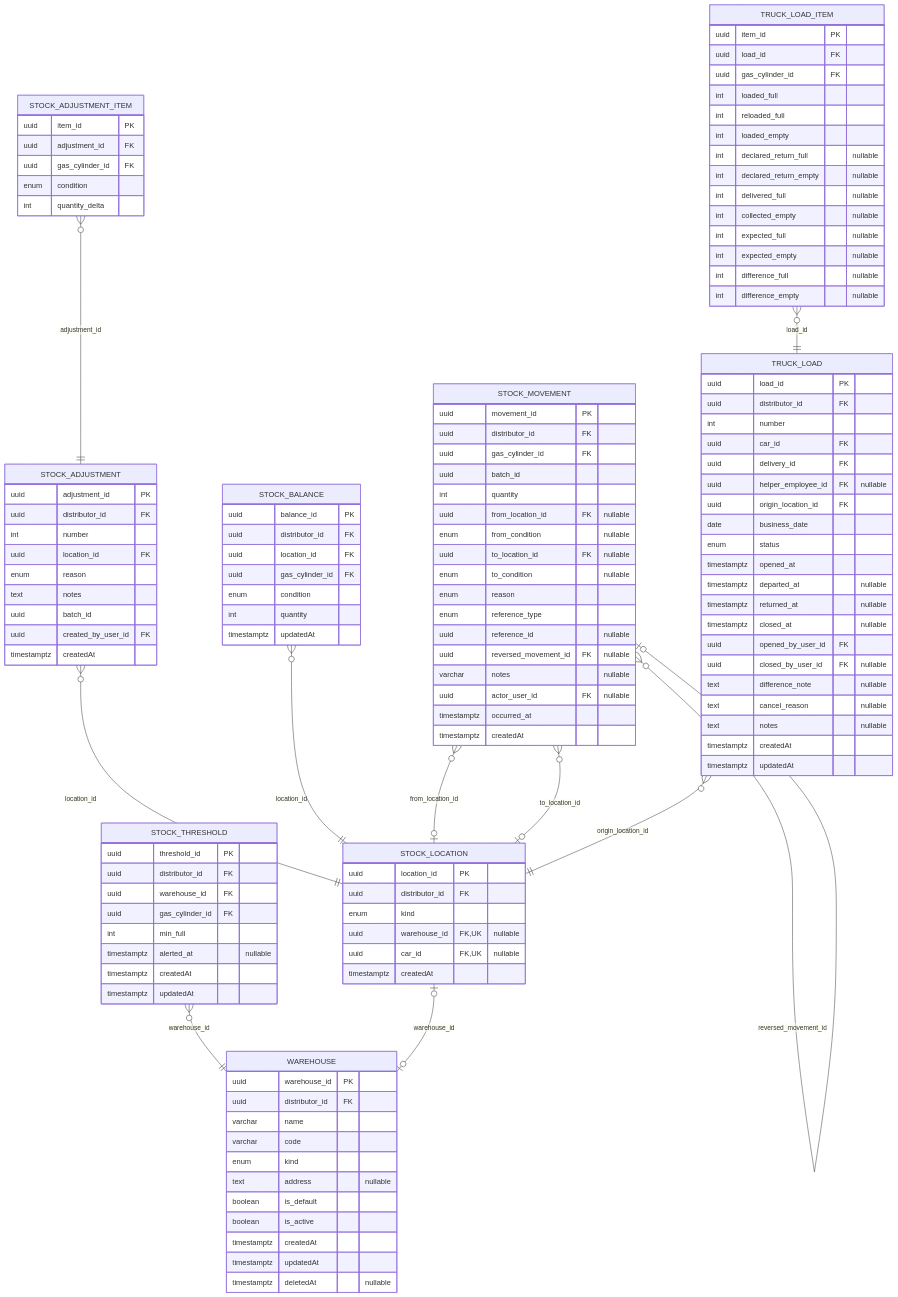
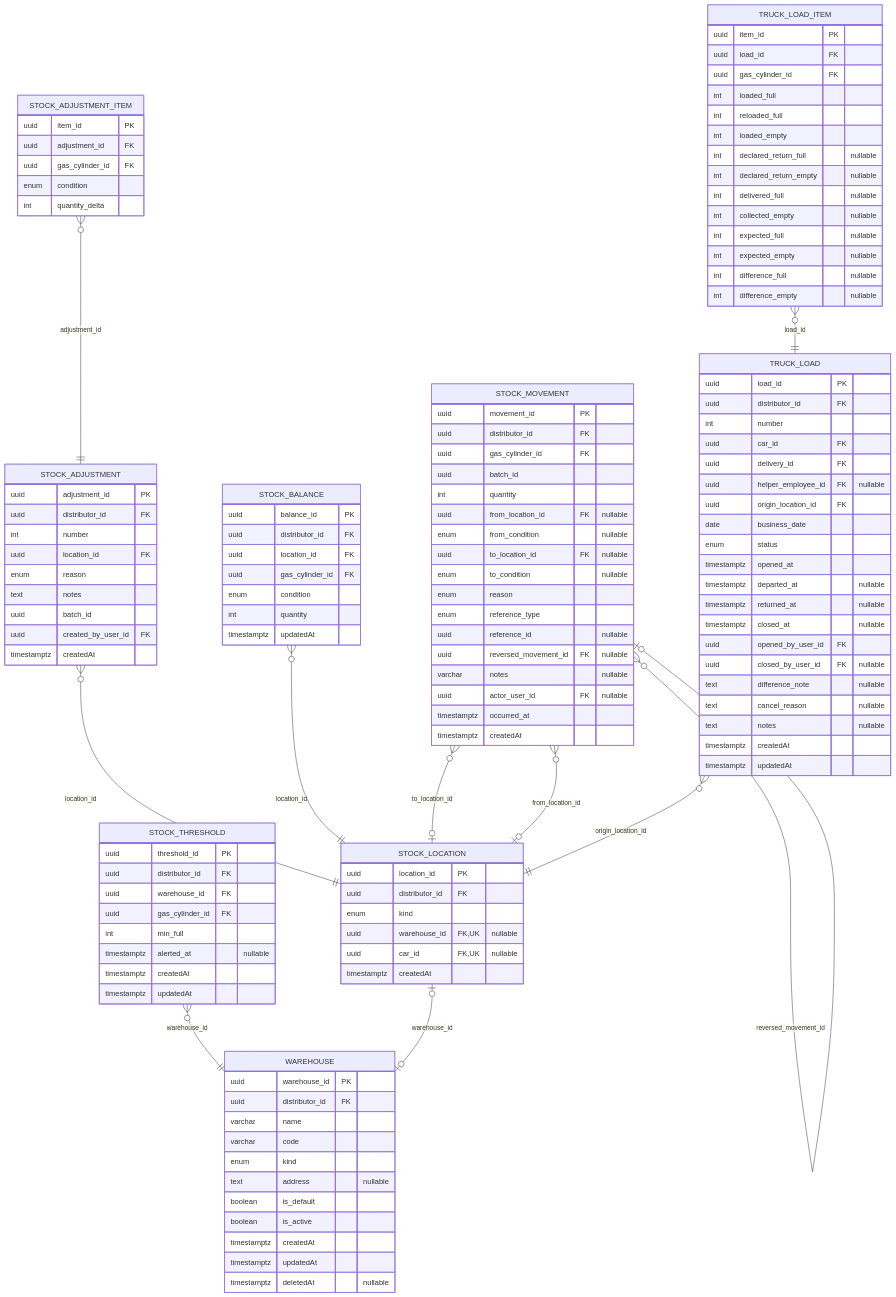
Before and after one commit to Nahuelito-Dev/splg-docs: the diagram in diagramas/ER_11_Stock-fisico-y-carga-del-camion.mmd, drawn with Mermaid. The commit also changed other lines of this file and 135 other files, not shown here.

```diff
--- a/diagramas/ER_11_Stock-fisico-y-carga-del-camion.mmd
+++ b/diagramas/ER_11_Stock-fisico-y-carga-del-camion.mmd
@@ -1,127 +1,127 @@
 erDiagram
     STOCK_THRESHOLD }o--|| WAREHOUSE : "warehouse_id"
     STOCK_LOCATION |o--o| WAREHOUSE : "warehouse_id"
     STOCK_ADJUSTMENT }o--|| STOCK_LOCATION : "location_id"
     STOCK_BALANCE }o--|| STOCK_LOCATION : "location_id"
+    STOCK_MOVEMENT }o--o| STOCK_LOCATION : "to_location_id"
     STOCK_MOVEMENT }o--o| STOCK_LOCATION : "from_location_id"
     STOCK_MOVEMENT }o--o| STOCK_MOVEMENT : "reversed_movement_id"
-    STOCK_MOVEMENT }o--o| STOCK_LOCATION : "to_location_id"
     TRUCK_LOAD }o--|| STOCK_LOCATION : "origin_location_id"
     STOCK_ADJUSTMENT_ITEM }o--|| STOCK_ADJUSTMENT : "adjustment_id"
     TRUCK_LOAD_ITEM }o--|| TRUCK_LOAD : "load_id"
 
     WAREHOUSE {
         uuid warehouse_id PK
         uuid distributor_id FK
         varchar name
         varchar code
         enum kind
         text address "nullable"
         boolean is_default
         boolean is_active
         timestamptz createdAt
         timestamptz updatedAt
         timestamptz deletedAt "nullable"
     }
     STOCK_THRESHOLD {
         uuid threshold_id PK
         uuid distributor_id FK
         uuid warehouse_id FK
         uuid gas_cylinder_id FK
         int min_full
         timestamptz alerted_at "nullable"
         timestamptz createdAt
         timestamptz updatedAt
     }
     STOCK_LOCATION {
         uuid location_id PK
         uuid distributor_id FK
         enum kind
         uuid warehouse_id FK, UK "nullable"
         uuid car_id FK, UK "nullable"
         timestamptz createdAt
     }
     STOCK_ADJUSTMENT {
         uuid adjustment_id PK
         uuid distributor_id FK
         int number
         uuid location_id FK
         enum reason
         text notes
         uuid batch_id
         uuid created_by_user_id FK
         timestamptz createdAt
     }
     STOCK_BALANCE {
         uuid balance_id PK
         uuid distributor_id FK
         uuid location_id FK
         uuid gas_cylinder_id FK
         enum condition
         int quantity
         timestamptz updatedAt
     }
     STOCK_MOVEMENT {
         uuid movement_id PK
         uuid distributor_id FK
         uuid gas_cylinder_id FK
         uuid batch_id
         int quantity
         uuid from_location_id FK "nullable"
         enum from_condition "nullable"
         uuid to_location_id FK "nullable"
         enum to_condition "nullable"
         enum reason
         enum reference_type
         uuid reference_id "nullable"
         uuid reversed_movement_id FK "nullable"
         varchar notes "nullable"
         uuid actor_user_id FK "nullable"
         timestamptz occurred_at
         timestamptz createdAt
     }
     TRUCK_LOAD {
         uuid load_id PK
         uuid distributor_id FK
         int number
         uuid car_id FK
         uuid delivery_id FK
         uuid helper_employee_id FK "nullable"
         uuid origin_location_id FK
         date business_date
         enum status
         timestamptz opened_at
         timestamptz departed_at "nullable"
         timestamptz returned_at "nullable"
         timestamptz closed_at "nullable"
         uuid opened_by_user_id FK
         uuid closed_by_user_id FK "nullable"
         text difference_note "nullable"
         text cancel_reason "nullable"
         text notes "nullable"
         timestamptz createdAt
         timestamptz updatedAt
     }
     STOCK_ADJUSTMENT_ITEM {
         uuid item_id PK
         uuid adjustment_id FK
         uuid gas_cylinder_id FK
         enum condition
         int quantity_delta
     }
     TRUCK_LOAD_ITEM {
         uuid item_id PK
         uuid load_id FK
         uuid gas_cylinder_id FK
         int loaded_full
         int reloaded_full
         int loaded_empty
         int declared_return_full "nullable"
         int declared_return_empty "nullable"
         int delivered_full "nullable"
         int collected_empty "nullable"
         int expected_full "nullable"
         int expected_empty "nullable"
         int difference_full "nullable"
         int difference_empty "nullable"
     }
```
